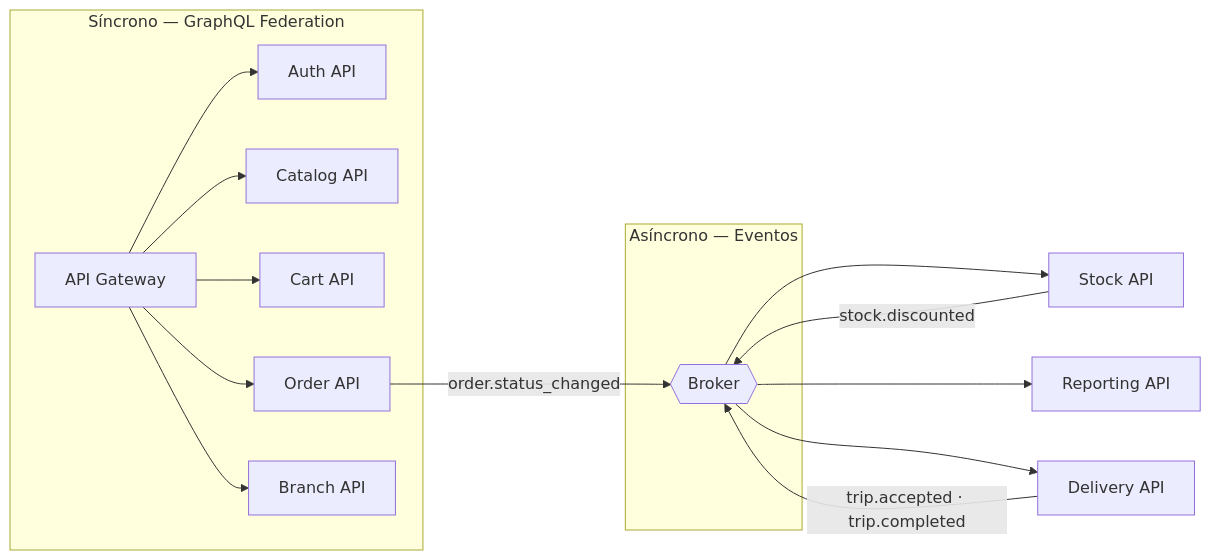
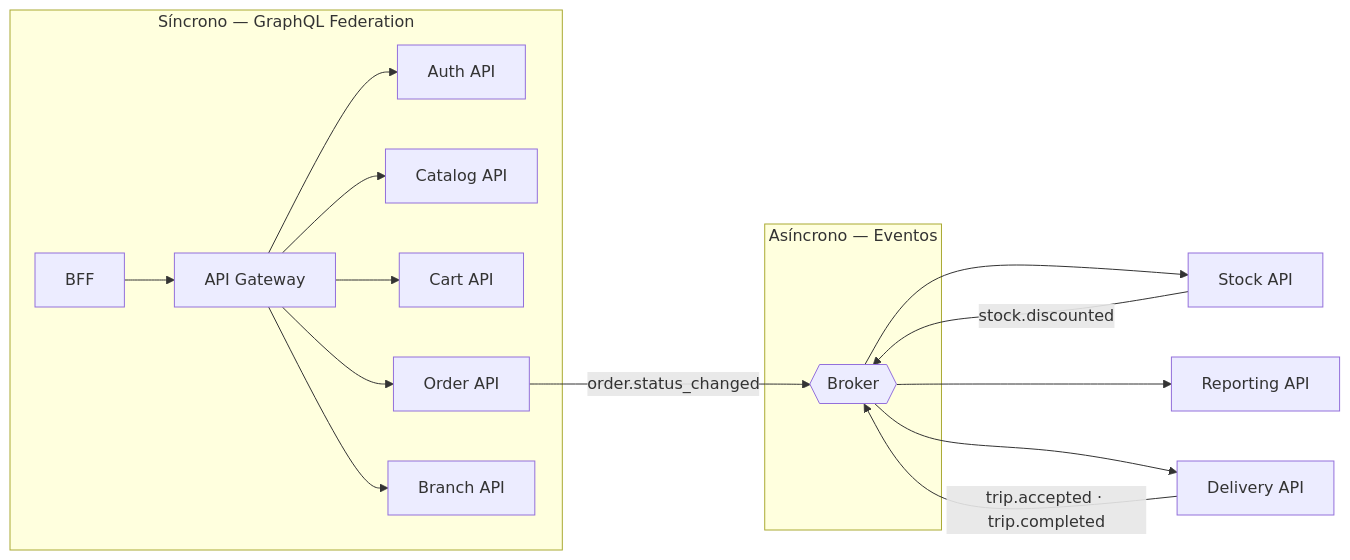
Before and after one commit to thomasbarenghi/desa-apps-prueba: the second of 3 diagrams in plan/api/requerimientos-backend.md, drawn with Mermaid. The commit also changed other lines of this file and 2 other files, not shown here.

First line of the commit message:
docs: update functional and backend requirements to reflect BFF architecture

````diff
--- a/plan/api/requerimientos-backend.md
+++ b/plan/api/requerimientos-backend.md
@@ -388,21 +432,22 @@
 ```mermaid
 flowchart LR
     subgraph SYNC["Síncrono — GraphQL Federation"]
-        GW["API Gateway"] --> AUTH["Auth API"]
+        BFF["BFF"] --> GW["API Gateway"]
+        GW --> AUTH["Auth API"]
         GW --> CATALOG["Catalog API"]
         GW --> CART["Cart API"]
         GW --> ORDER["Order API"]
         GW --> BRANCH["Branch API"]
     end
 
     subgraph ASYNC["Asíncrono — Eventos"]
         BROKER{{"Broker"}}
     end
 
     ORDER -->|"order.status_changed"| BROKER
     DELIVERY["Delivery API"] -->|"trip.accepted · trip.completed"| BROKER
     STOCK["Stock API"] -->|"stock.discounted"| BROKER
     BROKER --> STOCK
     BROKER --> REPORT["Reporting API"]
     BROKER --> DELIVERY
 ```
````
